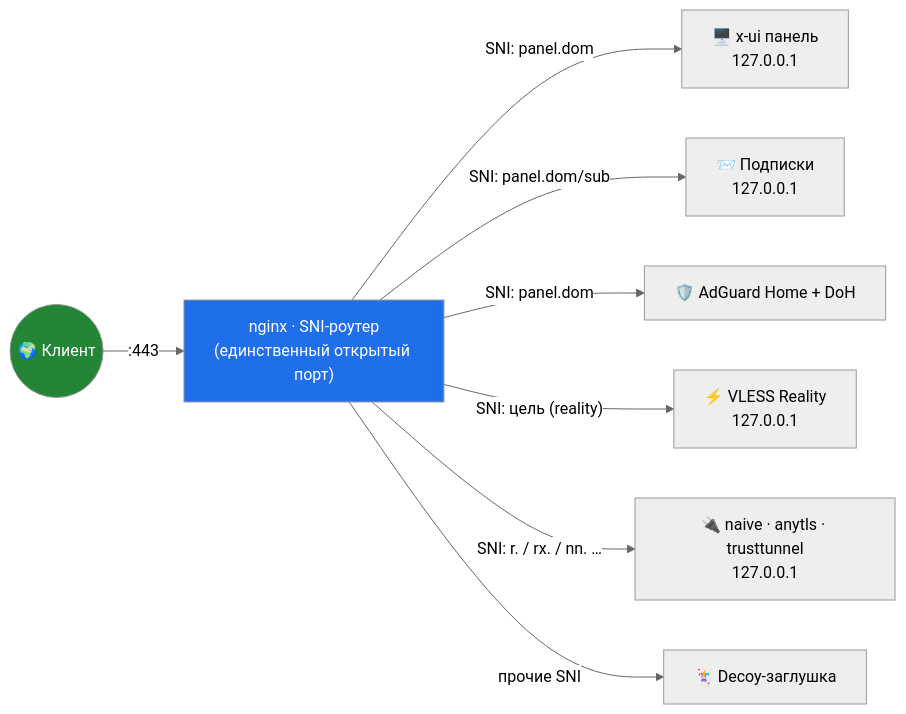
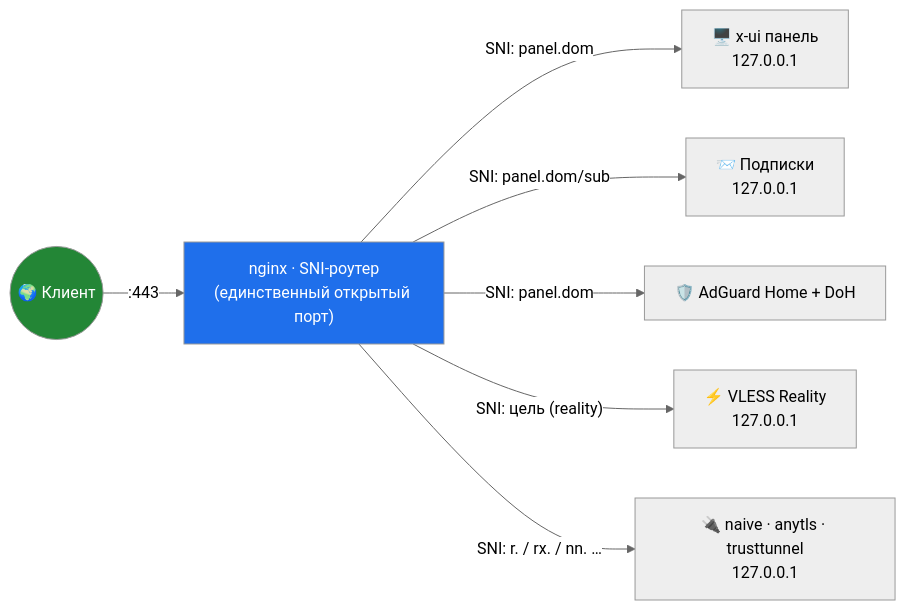
Before and after one commit to vladufqaa/stack-manager: the diagram in README.md, drawn with Mermaid (neutral theme).

````diff
--- a/README.md
+++ b/README.md
@@ -49,14 +49,13 @@
 ```mermaid
 flowchart LR
     C(("🌍 Клиент")) -->|" :443 "| NGINX["nginx · SNI-роутер<br>(единственный открытый порт)"]
 
     NGINX -->|"SNI: panel.dom"| PANEL["🖥️ x-ui панель<br/>127.0.0.1"]
     NGINX -->|"SNI: panel.dom/sub"| SUBS["📨 Подписки<br/>127.0.0.1"]
     NGINX -->|"SNI: panel.dom"| AGH["🛡️ AdGuard Home + DoH"]
     NGINX -->|"SNI: цель (reality)"| INB1["⚡ VLESS Reality<br/>127.0.0.1"]
     NGINX -->|"SNI: r. / rx. / nn. …"| INB2["🔌 naive · anytls · trusttunnel<br/>127.0.0.1"]
-    NGINX -->|"прочие SNI"| DECOY["🃏 Decoy-заглушка"]
 
     style NGINX fill:#1f6feb,color:#fff
     style C fill:#238636,color:#fff
 ```
````
